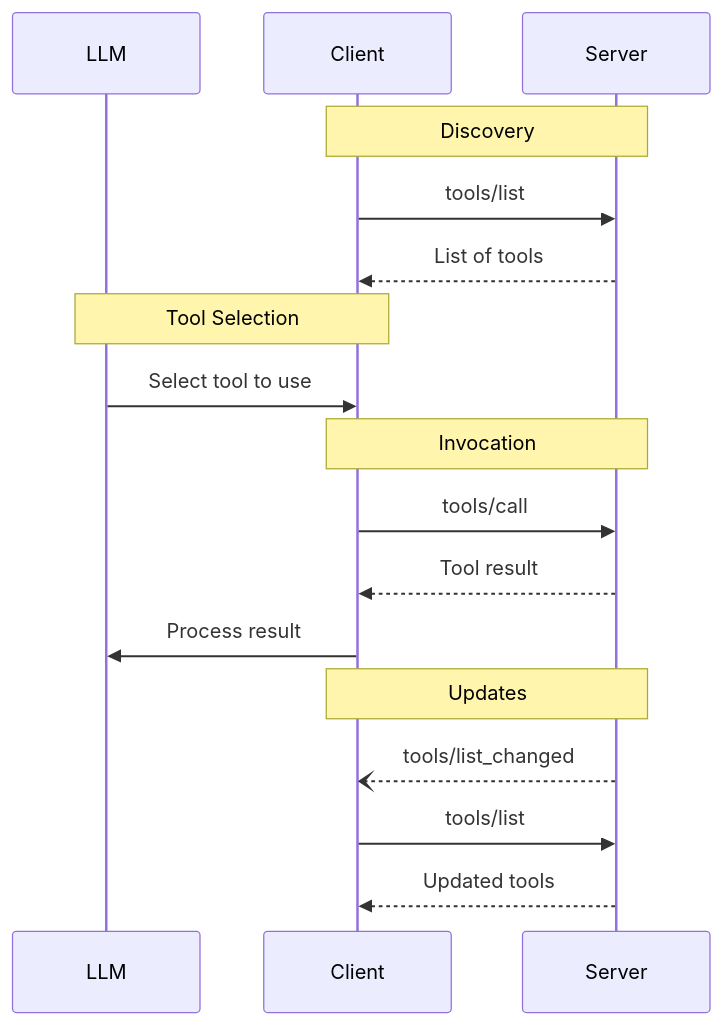
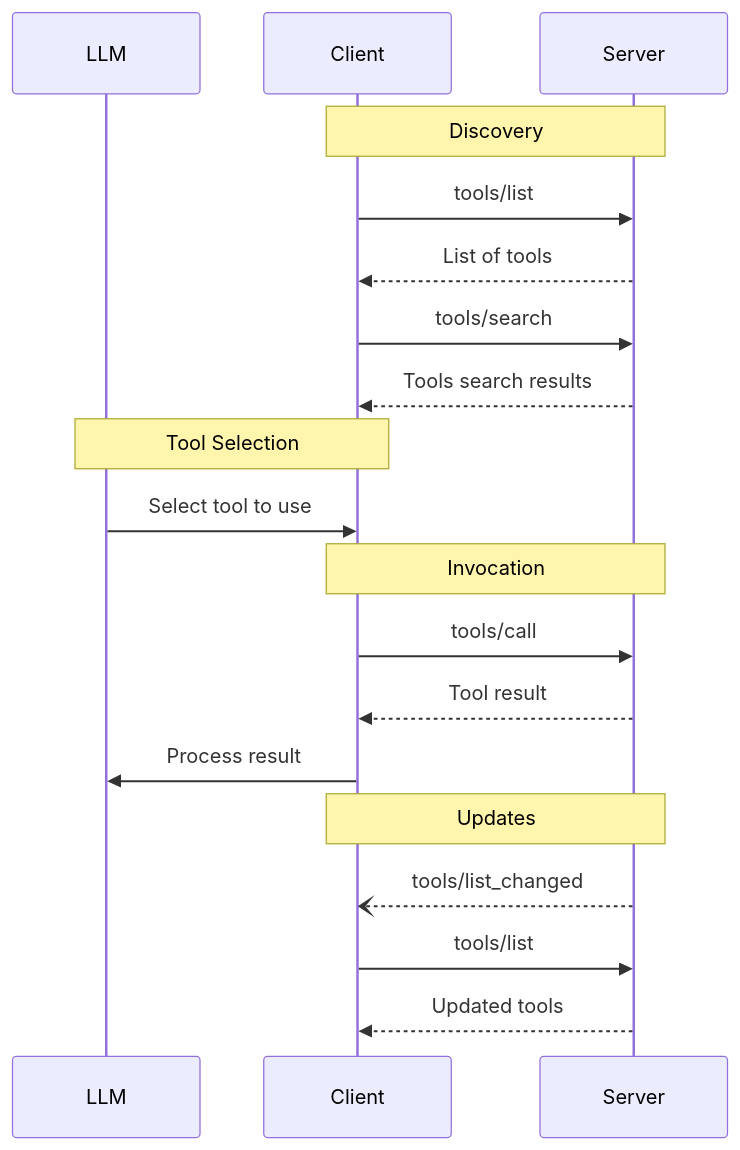
Before and after one commit to modelcontextprotocol/specification: the diagram in docs/specification/2025-03-26/server/tools.mdx, drawn with Mermaid. The commit also changed 4 other files, not shown here.

Commit message:
Updated per feedback - updated mermaids, added Arbitrary to verbiage, cleared up caching client expectations, added resource indexing implementation directive

````diff
--- a/docs/specification/2025-03-26/server/tools.mdx
+++ b/docs/specification/2025-03-26/server/tools.mdx
@@ -151,23 +151,25 @@
 ```mermaid
 sequenceDiagram
     participant LLM
     participant Client
     participant Server
 
     Note over Client,Server: Discovery
     Client->>Server: tools/list
     Server-->>Client: List of tools
+    Client->>Server: tools/search
+    Server-->>Client: Tools search results
 
     Note over Client,LLM: Tool Selection
     LLM->>Client: Select tool to use
 
     Note over Client,Server: Invocation
     Client->>Server: tools/call
     Server-->>Client: Tool result
     Client->>LLM: Process result
 
     Note over Client,Server: Updates
     Server--)Client: tools/list_changed
     Client->>Server: tools/list
     Server-->>Client: Updated tools
 ```
````
